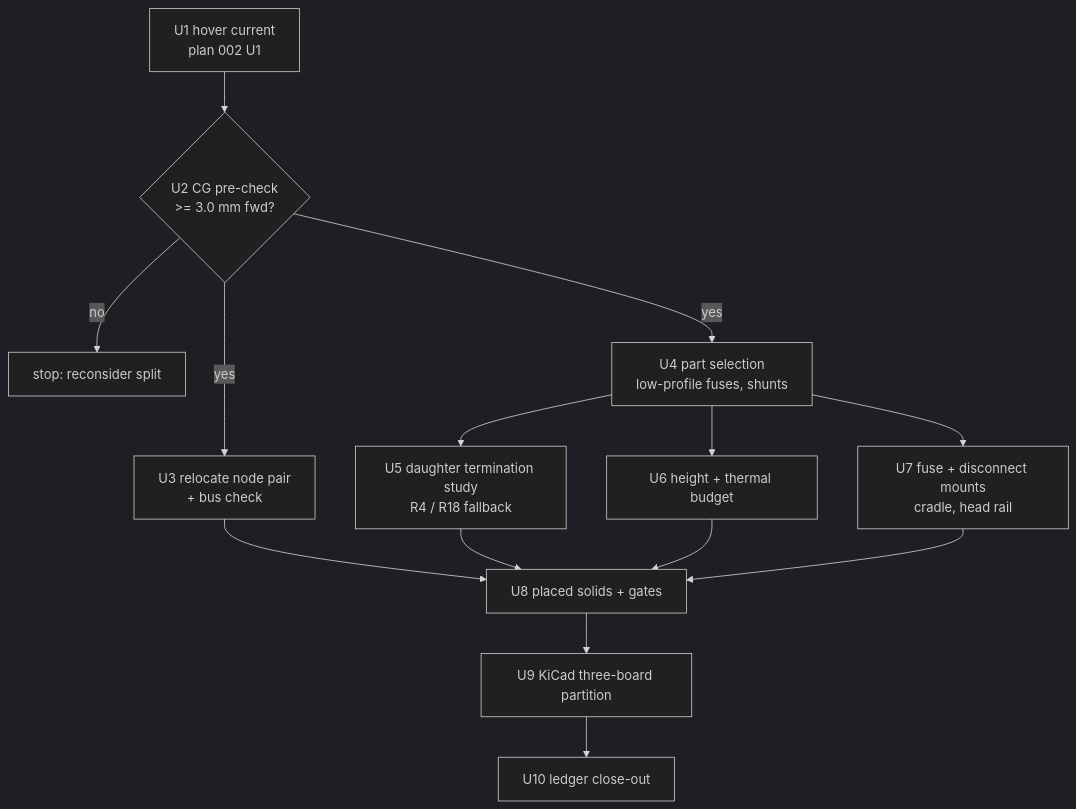
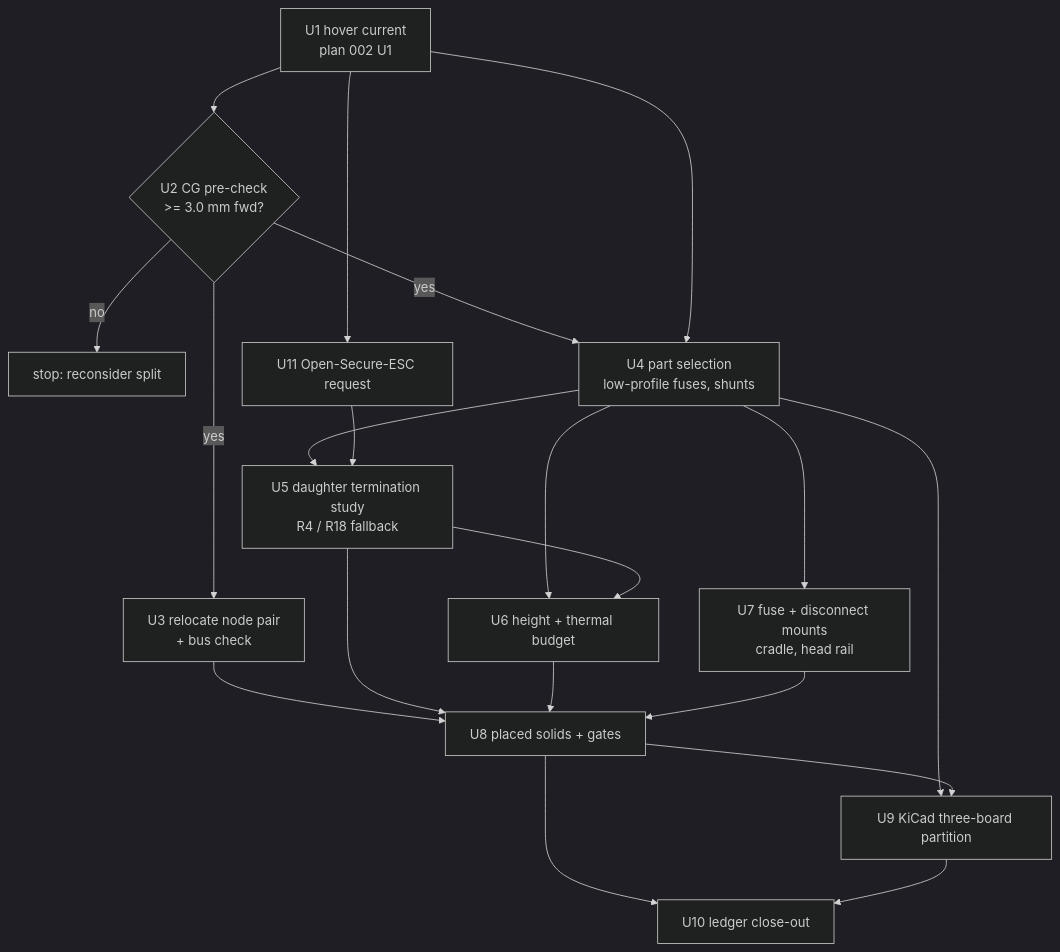
One commit to Stab-Rabbit-coding/Serenity-UAV changed the first of 2 diagrams in docs/plans/2026-10-28-001-feat-fe-chin-and-shuttle-split-plan.md. Above: the diagram before and after it, drawn with Mermaid (dark theme). The commit also changed other lines of this file, not shown here.

Commit message:
docs(plan): FE split plan — feasibility + coherence fixes, U11 Open-Secure-ESC request

````diff
--- a/docs/plans/2026-10-28-001-feat-fe-chin-and-shuttle-split-plan.md
+++ b/docs/plans/2026-10-28-001-feat-fe-chin-and-shuttle-split-plan.md
@@ -133,16 +134,22 @@
 ```mermaid
 flowchart TD
     U1[U1 hover current<br/>plan 002 U1] --> U2{U2 CG pre-check<br/>>= 3.0 mm fwd?}
     U2 -- no --> STOP[stop: reconsider split]
     U2 -- yes --> U3[U3 relocate node pair<br/>+ bus check]
     U2 -- yes --> U4[U4 part selection<br/>low-profile fuses, shunts]
     U4 --> U5[U5 daughter termination study<br/>R4 / R18 fallback]
     U4 --> U6[U6 height + thermal budget]
+    U5 --> U6
+    U1 --> U4
+    U4 --> U9
+    U8 --> U10
+    U1 --> U11[U11 Open-Secure-ESC request]
+    U11 --> U5
     U4 --> U7[U7 fuse + disconnect mounts<br/>cradle, head rail]
     U3 --> U8[U8 placed solids + gates]
     U5 --> U8
     U6 --> U8
     U7 --> U8
     U8 --> U9[U9 KiCad three-board partition]
     U9 --> U10[U10 ledger close-out]
 ```
````
